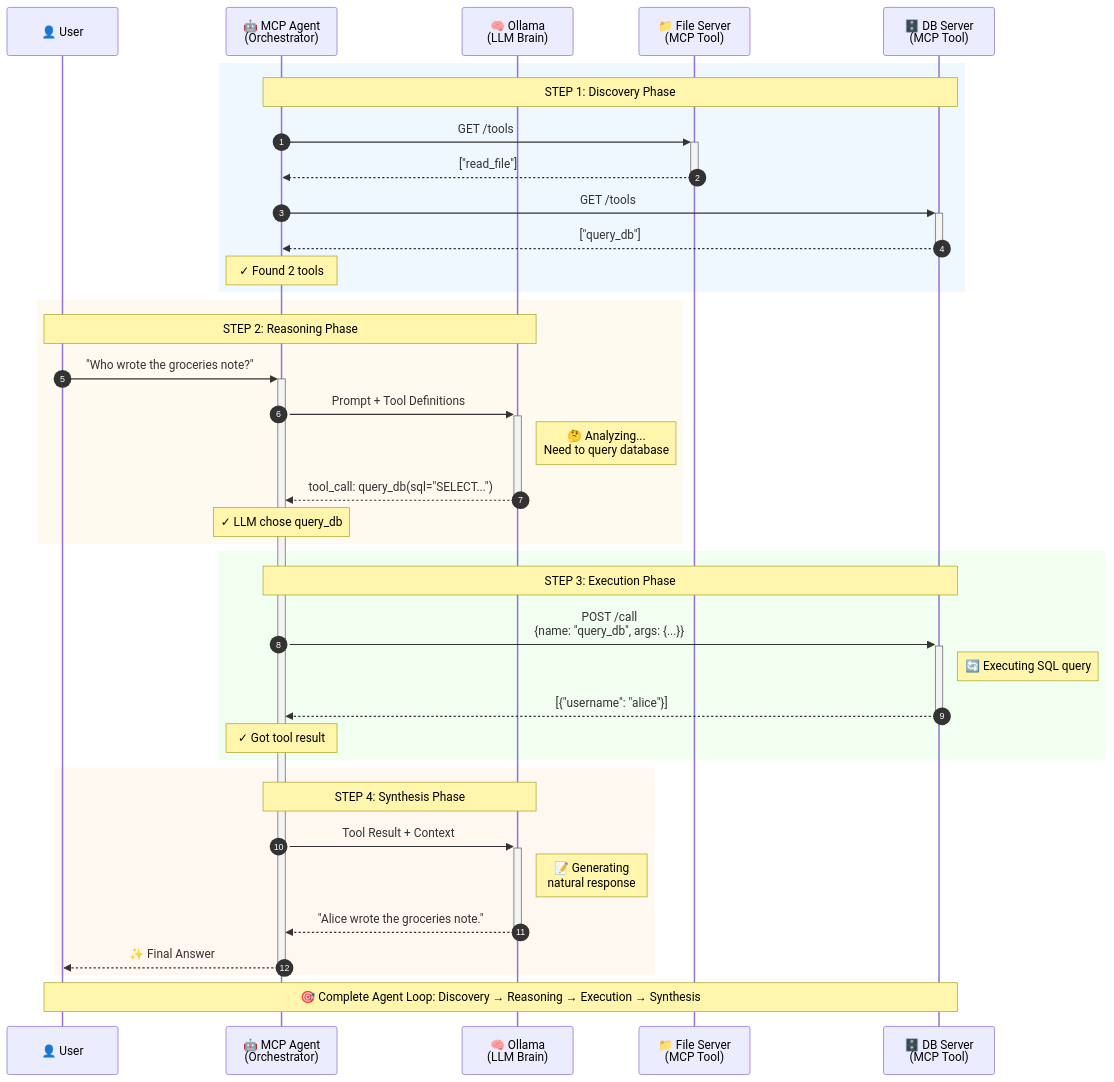
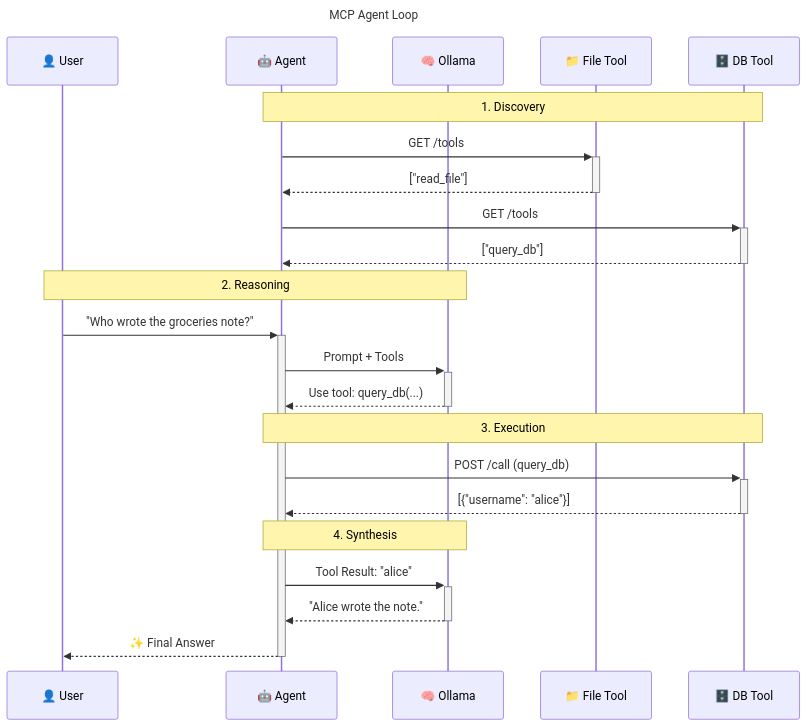
Before and after one commit to manzolo/mcp-lab: the diagram in README.md, drawn with Mermaid.

Commit message:
docs: Simplify and clarify the MCP Agent Loop sequence diagram in README.

````diff
--- a/README.md
+++ b/README.md
@@ -59,45 +59,33 @@
 ```mermaid
 sequenceDiagram
-    autonumber
+    title MCP Agent Loop
     participant User as 👤 User
-    participant Agent as 🤖 MCP Agent<br/>(Orchestrator)
-    participant Ollama as 🧠 Ollama<br/>(LLM Brain)
-    participant FileServer as 📁 File Server<br/>(MCP Tool)
-    participant DBServer as 🗄️ DB Server<br/>(MCP Tool)
+    participant Agent as 🤖 Agent
+    participant LLM as 🧠 Ollama
+    participant FileServer as 📁 File Tool
+    participant DBServer as 🗄️ DB Tool
 
-    rect rgb(240, 248, 255)
-        Note over Agent,DBServer: STEP 1: Discovery Phase
-        Agent->>+FileServer: GET /tools
-        FileServer-->>-Agent: ["read_file"]
-        Agent->>+DBServer: GET /tools
-        DBServer-->>-Agent: ["query_db"]
-        Note over Agent: ✓ Found 2 tools
-    end
+    %% -- 1. Discovery Phase --
+    note over Agent, DBServer: 1. Discovery
+    Agent->>+FileServer: GET /tools
+    FileServer-->>-Agent: ["read_file"]
+    Agent->>+DBServer: GET /tools
+    DBServer-->>-Agent: ["query_db"]
 
-    rect rgb(255, 250, 240)
-        Note over User,Ollama: STEP 2: Reasoning Phase
-        User->>+Agent: "Who wrote the groceries note?"
-        Agent->>+Ollama: Prompt + Tool Definitions
-        Note right of Ollama: 🤔 Analyzing...<br/>Need to query database
-        Ollama-->>-Agent: tool_call: query_db(sql="SELECT...")
-        Note over Agent: ✓ LLM chose query_db
-    end
+    %% -- 2. Reasoning Phase --
+    note over User, LLM: 2. Reasoning
+    User->>+Agent: "Who wrote the groceries note?"
+    Agent->>+LLM: Prompt + Tools
+    LLM-->>-Agent: Use tool: query_db(...)
 
-    rect rgb(240, 255, 240)
-        Note over Agent,DBServer: STEP 3: Execution Phase
-        Agent->>+DBServer: POST /call<br/>{name: "query_db", args: {...}}
-        Note right of DBServer: 🔄 Executing SQL query
-        DBServer-->>-Agent: [{"username": "alice"}]
-        Note over Agent: ✓ Got tool result
-    end
+    %% -- 3. Execution Phase --
+    note over Agent, DBServer: 3. Execution
+    Agent->>+DBServer: POST /call (query_db)
+    DBServer-->>-Agent: [{"username": "alice"}]
 
-    rect rgb(255, 248, 240)
-        Note over Agent,Ollama: STEP 4: Synthesis Phase
-        Agent->>+Ollama: Tool Result + Context
-        Note right of Ollama: 📝 Generating<br/>natural response
-        Ollama-->>-Agent: "Alice wrote the groceries note."
-        Agent-->>-User: ✨ Final Answer
-    end
-
-    Note over User,DBServer: 🎯 Complete Agent Loop: Discovery → Reasoning → Execution → Synthesis
+    %% -- 4. Synthesis Phase --
+    note over Agent, LLM: 4. Synthesis
+    Agent->>+LLM: Tool Result: "alice"
+    LLM-->>-Agent: "Alice wrote the note."
+    Agent-->>-User: ✨ Final Answer
 ```
````
